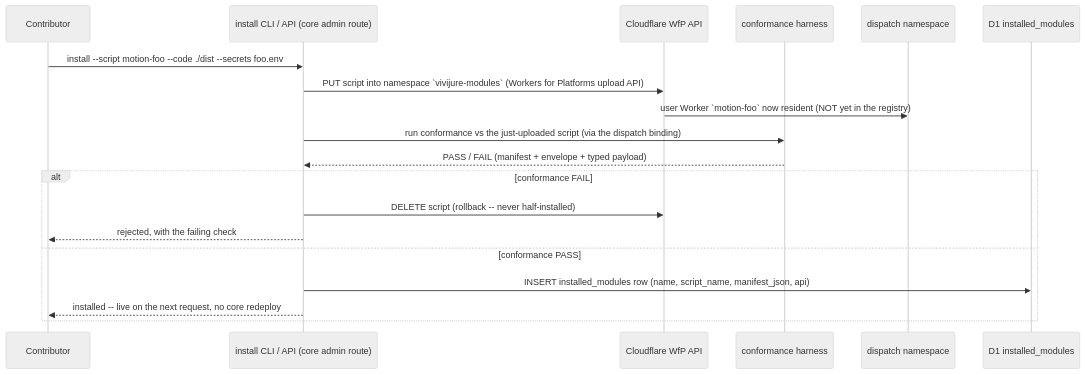
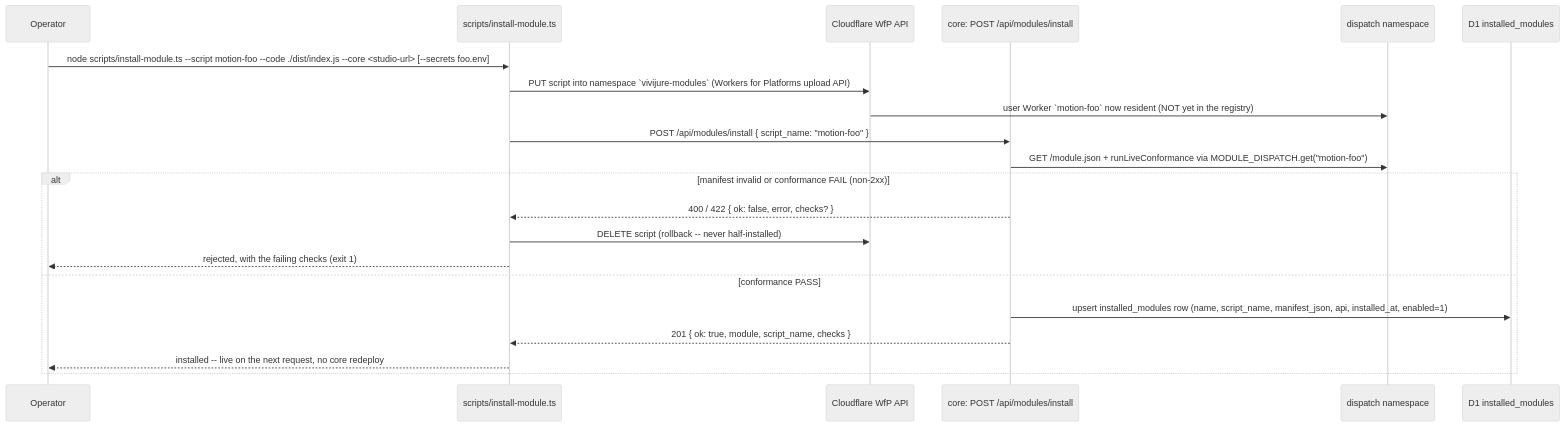
One commit to skyphusion-labs/vivijure-cf changed the second of 2 diagrams in docs/module-dispatch.md. Above: the diagram before and after it, drawn with Mermaid (neutral theme). The commit also changed other lines of this file, not shown here.

First line of the commit message:
docs(module-dispatch): reflect shipped opt-in WfP dispatch

````diff
--- a/docs/module-dispatch.md
+++ b/docs/module-dispatch.md
@@ -267,22 +318,24 @@
 ```mermaid
 sequenceDiagram
-  participant C as Contributor
-  participant CLI as install CLI / API (core admin route)
+  participant C as Operator
+  participant CLI as scripts/install-module.ts
   participant CF as Cloudflare WfP API
-  participant CONF as conformance harness
+  participant CORE as core: POST /api/modules/install
   participant NS as dispatch namespace
   participant DB as D1 installed_modules
 
-  C->>CLI: install --script motion-foo --code ./dist --secrets foo.env
+  C->>CLI: node scripts/install-module.ts --script motion-foo --code ./dist/index.js --core <studio-url> [--secrets foo.env]
   CLI->>CF: PUT script into namespace `vivijure-modules` (Workers for Platforms upload API)
   CF->>NS: user Worker `motion-foo` now resident (NOT yet in the registry)
-  CLI->>CONF: run conformance vs the just-uploaded script (via the dispatch binding)
-  CONF-->>CLI: PASS / FAIL (manifest + envelope + typed payload)
-  alt conformance FAIL
+  CLI->>CORE: POST /api/modules/install { script_name: "motion-foo" }
+  CORE->>NS: GET /module.json + runLiveConformance via MODULE_DISPATCH.get("motion-foo")
+  alt manifest invalid or conformance FAIL (non-2xx)
+    CORE-->>CLI: 400 / 422 { ok: false, error, checks? }
     CLI->>CF: DELETE script (rollback -- never half-installed)
-    CLI-->>C: rejected, with the failing check
+    CLI-->>C: rejected, with the failing checks (exit 1)
   else conformance PASS
-    CLI->>DB: INSERT installed_modules row (name, script_name, manifest_json, api)
+    CORE->>DB: upsert installed_modules row (name, script_name, manifest_json, api, installed_at, enabled=1)
+    CORE-->>CLI: 201 { ok: true, module, script_name, checks }
     CLI-->>C: installed -- live on the next request, no core redeploy
   end
 ```
````
